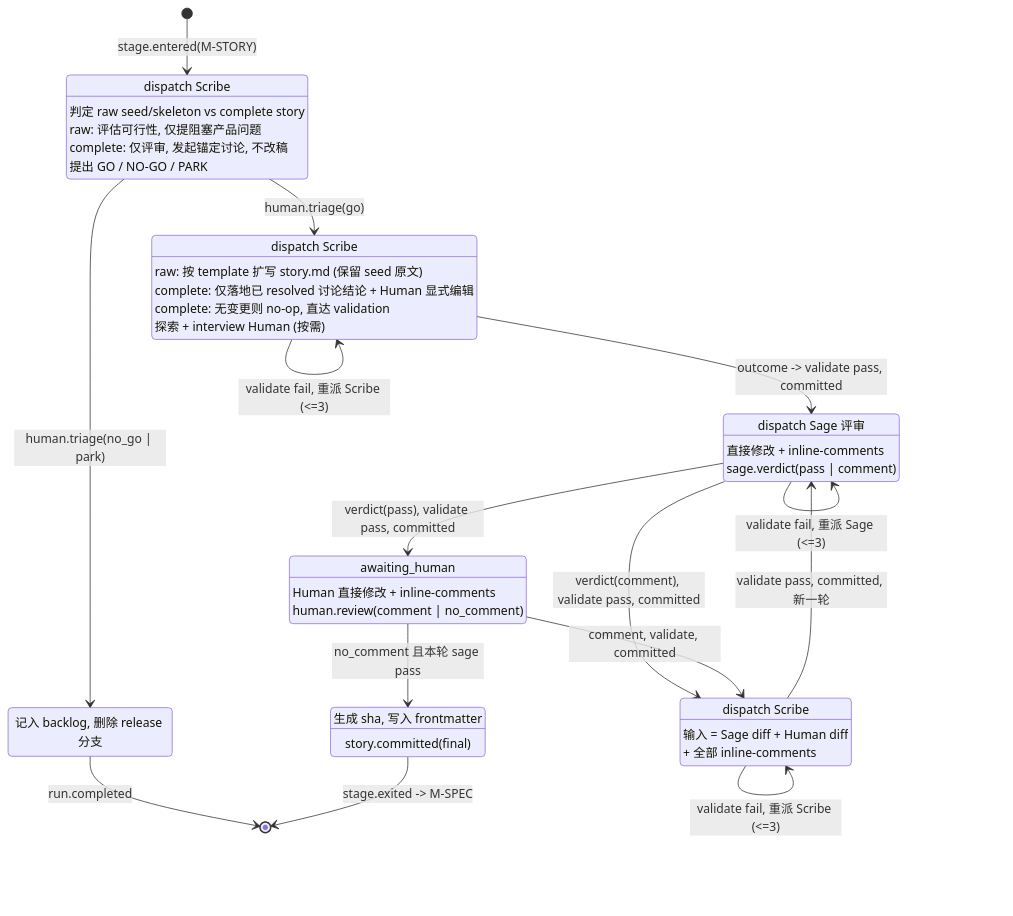
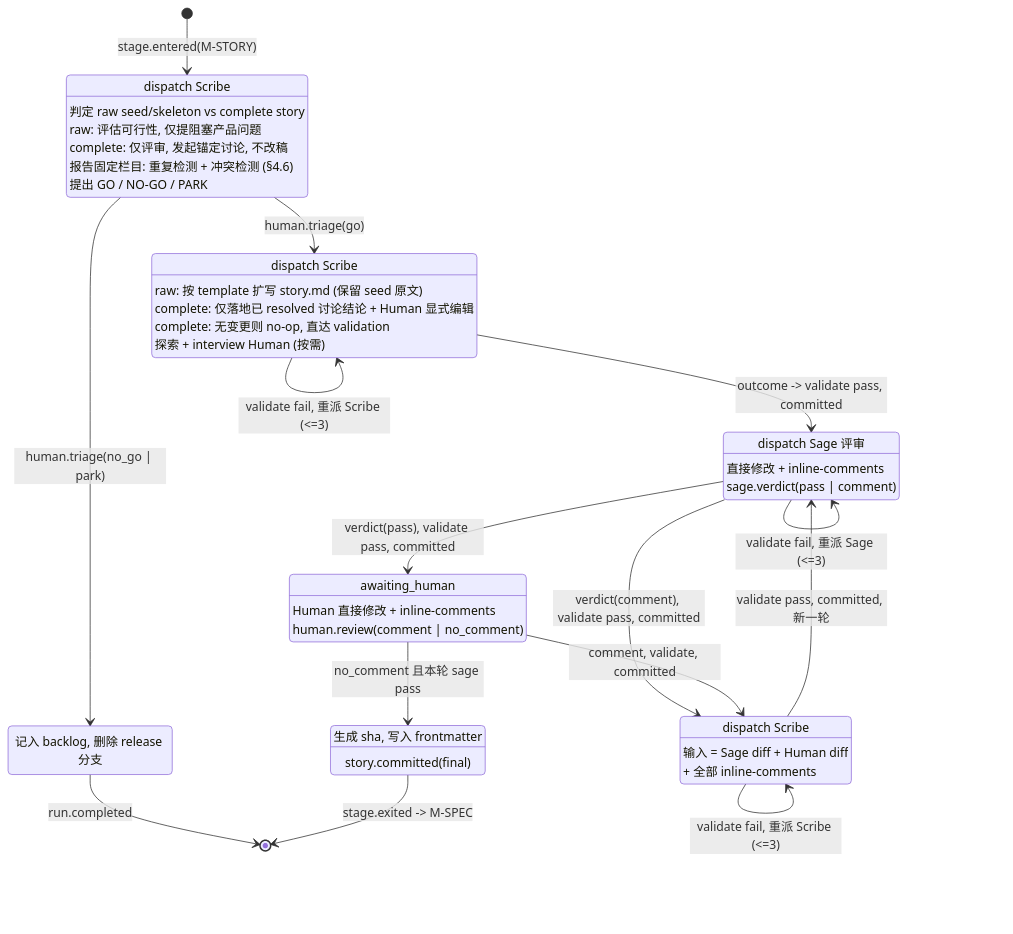
One commit to quantclaws/agent-on-tracks changed the second of 16 diagrams in .tracks/wiki/flow.md. Above: the diagram before and after it, drawn with Mermaid. The commit also changed other lines of this file and 6 other files, not shown here.

````diff
--- a/.tracks/wiki/flow.md
+++ b/.tracks/wiki/flow.md
@@ -109,53 +129,54 @@
 ```mermaid
 stateDiagram-v2
     direction TB
 
     [*] --> TRIAGE : stage.entered(M-STORY)
 
     TRIAGE : dispatch Scribe
     TRIAGE : 判定 raw seed/skeleton vs complete story
     TRIAGE : raw: 评估可行性, 仅提阻塞产品问题
     TRIAGE : complete: 仅评审, 发起锚定讨论, 不改稿
+    TRIAGE : 报告固定栏目: 重复检测 + 冲突检测 (§4.6)
     TRIAGE : 提出 GO / NO-GO / PARK
 
     TRIAGE --> REJECTED : human.triage(no_go | park)
     REJECTED : 记入 backlog, 删除 release 分支
     REJECTED --> [*] : run.completed
 
     TRIAGE --> DRAFT : human.triage(go)
 
     DRAFT : dispatch Scribe
     DRAFT : raw: 按 template 扩写 story.md (保留 seed 原文)
     DRAFT : complete: 仅落地已 resolved 讨论结论 + Human 显式编辑
     DRAFT : complete: 无变更则 no-op, 直达 validation
     DRAFT : 探索 + interview Human (按需)
 
     DRAFT --> SAGE_REVIEW : outcome -> validate pass, committed
     DRAFT --> DRAFT : validate fail, 重派 Scribe (<=3)
 
     SAGE_REVIEW : dispatch Sage 评审
     SAGE_REVIEW : 直接修改 + inline-comments
     SAGE_REVIEW : sage.verdict(pass | comment)
 
     SAGE_REVIEW --> HUMAN_REVIEW : verdict(pass), validate pass, committed
     SAGE_REVIEW --> RESPOND : verdict(comment), validate pass, committed
     SAGE_REVIEW --> SAGE_REVIEW : validate fail, 重派 Sage (<=3)
 
     HUMAN_REVIEW : awaiting_human
     HUMAN_REVIEW : Human 直接修改 + inline-comments
     HUMAN_REVIEW : human.review(comment | no_comment)
 
     HUMAN_REVIEW --> EXIT : no_comment 且本轮 sage pass
     HUMAN_REVIEW --> RESPOND : comment, validate, committed
 
     RESPOND : dispatch Scribe
     RESPOND : 输入 = Sage diff + Human diff
     RESPOND : + 全部 inline-comments
 
     RESPOND --> SAGE_REVIEW : validate pass, committed, 新一轮
     RESPOND --> RESPOND : validate fail, 重派 Scribe (<=3)
 
     EXIT : 生成 sha, 写入 frontmatter
     EXIT : story.committed(final)
     EXIT --> [*] : stage.exited -> M-SPEC
 ```
````
